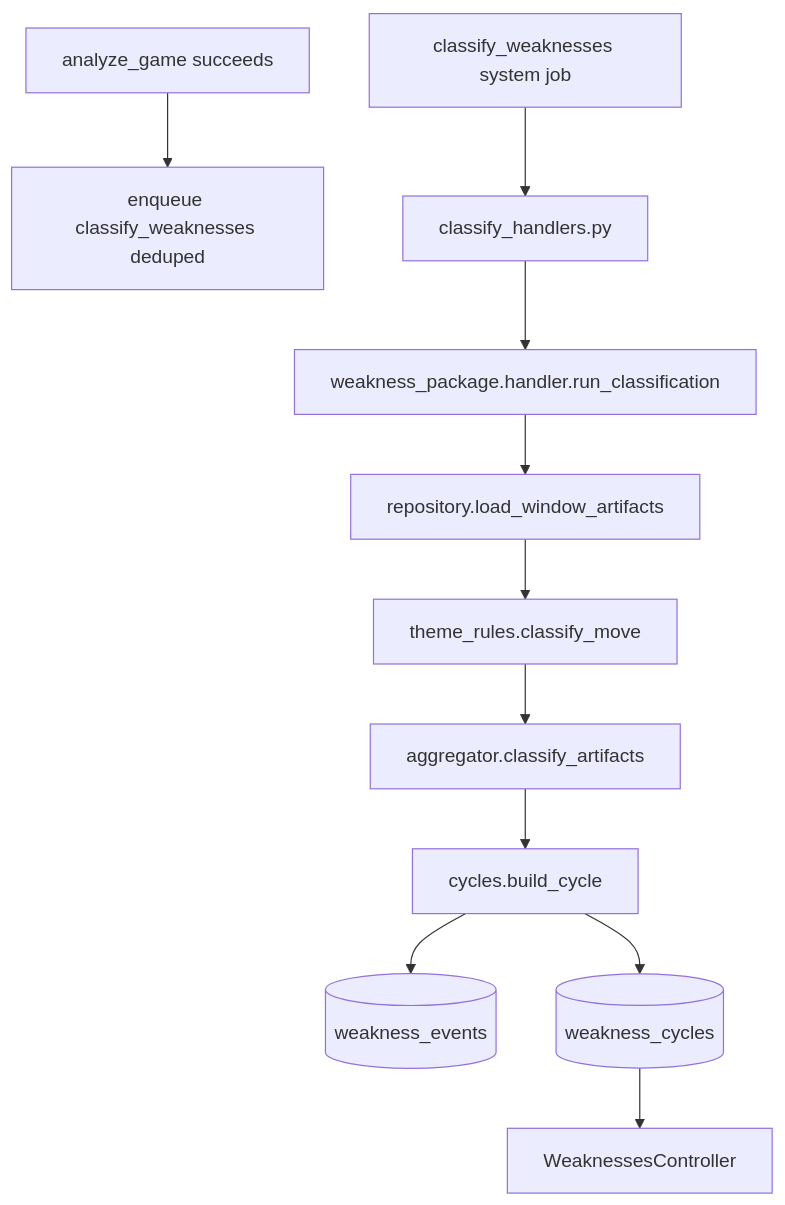
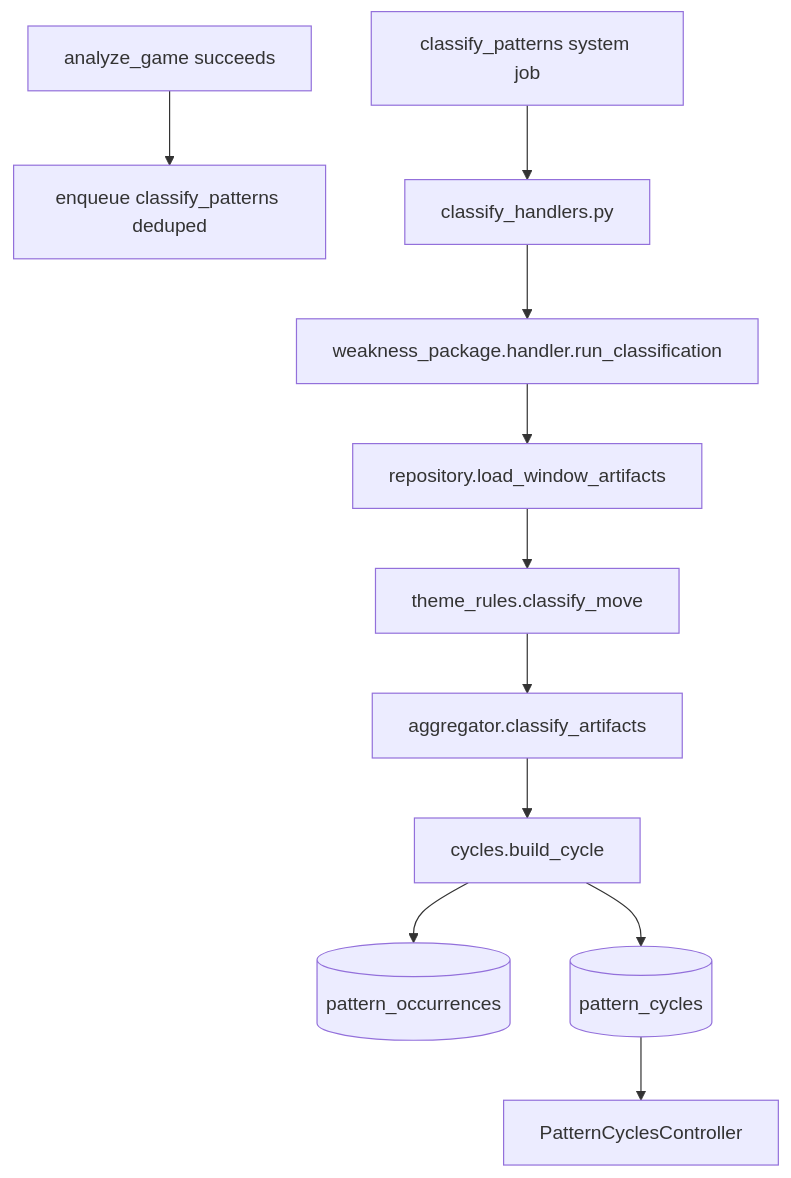
The diagram in docs/weakness-classifier-engine.md (n8rzz/chess-mentor), drawn with Mermaid before and after one commit. The commit also changed other lines of this file and 165 other files, not shown here.

````diff
--- a/docs/weakness-classifier-engine.md
+++ b/docs/weakness-classifier-engine.md
@@ -19,13 +19,13 @@
 ```mermaid
 flowchart TD
-    Analyze[analyze_game succeeds] --> Enqueue[enqueue classify_weaknesses deduped]
-    Job[classify_weaknesses system job] --> Handler[classify_handlers.py]
+    Analyze[analyze_game succeeds] --> Enqueue[enqueue classify_patterns deduped]
+    Job[classify_patterns system job] --> Handler[classify_handlers.py]
     Handler --> Run[weakness_package.handler.run_classification]
     Run --> Load[repository.load_window_artifacts]
     Load --> Rules[theme_rules.classify_move]
     Rules --> Agg[aggregator.classify_artifacts]
     Agg --> Cycles[cycles.build_cycle]
-    Cycles --> WE[(weakness_events)]
-    Cycles --> WC[(weakness_cycles)]
-    WC --> UI[WeaknessesController]
+    Cycles --> WE[(pattern_occurrences)]
+    Cycles --> WC[(pattern_cycles)]
+    WC --> UI[PatternCyclesController]
 ```
````
